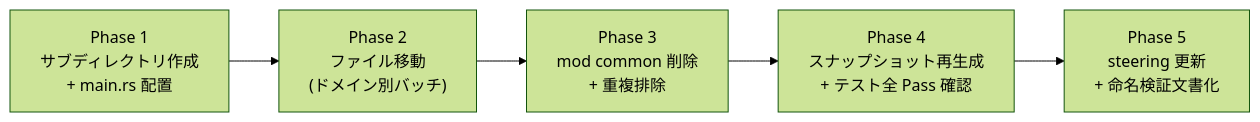
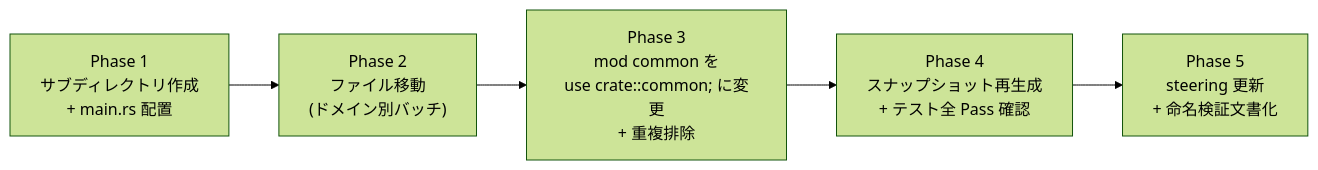
One commit to ekicyou/pasta changed the fourth of 4 diagrams in .kiro/specs/namespace-refactoring/design.md. Above: the diagram before and after it, drawn with Mermaid (forest theme). The commit also changed other lines of this file, not shown here.

````diff
--- a/.kiro/specs/namespace-refactoring/design.md
+++ b/.kiro/specs/namespace-refactoring/design.md
@@ -460,7 +475,7 @@
 ```mermaid
 flowchart LR
     P1["Phase 1<br/>サブディレクトリ作成<br/>+ main.rs 配置"] --> P2["Phase 2<br/>ファイル移動<br/>(ドメイン別バッチ)"]
-    P2 --> P3["Phase 3<br/>mod common 削除<br/>+ 重複排除"]
+    P2 --> P3["Phase 3<br/>mod common を<br/>use crate::common; に変更<br/>+ 重複排除"]
     P3 --> P4["Phase 4<br/>スナップショット再生成<br/>+ テスト全 Pass 確認"]
     P4 --> P5["Phase 5<br/>steering 更新<br/>+ 命名検証文書化"]
 ```
````
